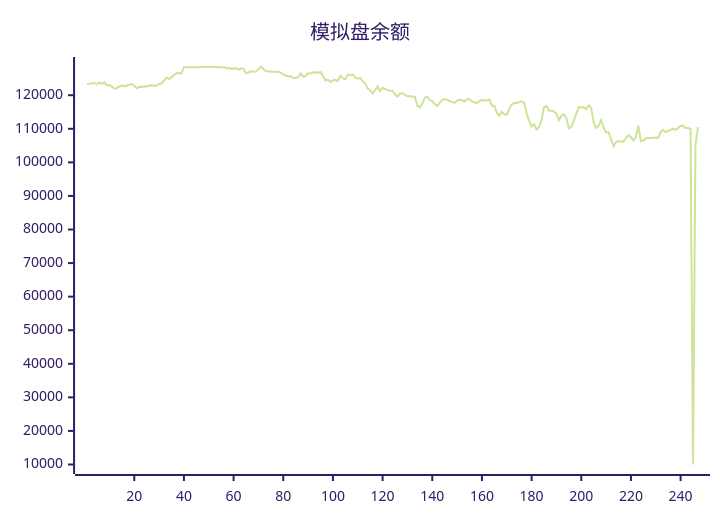
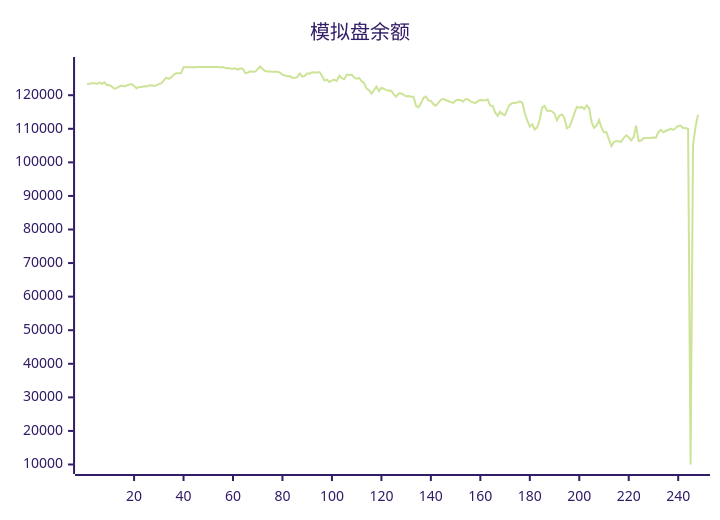
The diagram in README.md (aahl/ai-trading), drawn with Mermaid (forest theme) before and after one commit. The commit also changed other lines of this file and 1 other file, not shown here.

Commit message:
📈 Auto Trading Result

````diff
--- a/README.md
+++ b/README.md
@@ -5,5 +5,5 @@
 ```mermaid
 xychart
     title "模拟盘余额"
-    line [123338,123402,123530,123592,123378,123745,123413,123853,123009,123040,122557,121938,122095,122599,122856,122597,122898,123160,123319,122719,122087,122454,122416,122685,122592,122907,122961,122776,122981,123295,123507,124403,125224,124894,125303,126088,126544,126534,126549,128335,128318,128318,128318,128318,128318,128424,128424,128424,128424,128424,128424,128424,128424,128424,128247,128412,128062,128087,127917,127901,128026,127611,128000,127850,126572,126770,127100,126971,127029,127783,128554,127765,127224,127064,127044,127009,127025,127004,126738,126152,125871,125635,125707,125117,125217,125420,126480,125545,125715,126511,126424,126856,126764,126788,126890,125710,124381,124632,123936,124402,124574,124256,125833,125070,124739,126154,125966,126145,125213,124943,125143,124157,123604,121959,121476,120476,121470,122610,121201,122221,121889,121522,121332,121344,120232,119559,120513,120577,120108,119680,119777,119572,119568,116839,116392,117573,119250,119585,118469,118277,117338,116897,117706,118628,118849,118579,118280,117926,117735,118373,118639,118544,118136,118798,118819,118162,117874,117649,118215,118601,118463,118517,118713,116911,116899,114798,113887,115084,114313,114091,115934,117221,117658,117658,117883,118164,117693,114632,112403,110644,111313,109777,110444,112673,116419,116772,115355,115355,115198,114476,112510,113954,114276,113223,110151,110561,112361,114562,116522,116265,116500,115845,117000,116199,111887,110306,110942,112588,110318,108891,109011,106814,104811,106038,106327,106201,106180,107315,108068,107463,106528,107530,110941,106346,106482,107161,107268,107270,107302,107426,107340,108985,109681,108962,109404,109645,110030,109680,110214,110918,110897,110215,110212,109962,10000,105235,110525]
+    line [123338,123402,123530,123592,123378,123745,123413,123853,123009,123040,122557,121938,122095,122599,122856,122597,122898,123160,123319,122719,122087,122454,122416,122685,122592,122907,122961,122776,122981,123295,123507,124403,125224,124894,125303,126088,126544,126534,126549,128335,128318,128318,128318,128318,128318,128424,128424,128424,128424,128424,128424,128424,128424,128424,128247,128412,128062,128087,127917,127901,128026,127611,128000,127850,126572,126770,127100,126971,127029,127783,128554,127765,127224,127064,127044,127009,127025,127004,126738,126152,125871,125635,125707,125117,125217,125420,126480,125545,125715,126511,126424,126856,126764,126788,126890,125710,124381,124632,123936,124402,124574,124256,125833,125070,124739,126154,125966,126145,125213,124943,125143,124157,123604,121959,121476,120476,121470,122610,121201,122221,121889,121522,121332,121344,120232,119559,120513,120577,120108,119680,119777,119572,119568,116839,116392,117573,119250,119585,118469,118277,117338,116897,117706,118628,118849,118579,118280,117926,117735,118373,118639,118544,118136,118798,118819,118162,117874,117649,118215,118601,118463,118517,118713,116911,116899,114798,113887,115084,114313,114091,115934,117221,117658,117658,117883,118164,117693,114632,112403,110644,111313,109777,110444,112673,116419,116772,115355,115355,115198,114476,112510,113954,114276,113223,110151,110561,112361,114562,116522,116265,116500,115845,117000,116199,111887,110306,110942,112588,110318,108891,109011,106814,104811,106038,106327,106201,106180,107315,108068,107463,106528,107530,110941,106346,106482,107161,107268,107270,107302,107426,107340,108985,109681,108962,109404,109645,110030,109680,110214,110918,110897,110215,110212,109962,10000,105235,110525,114151]
 ```
````
